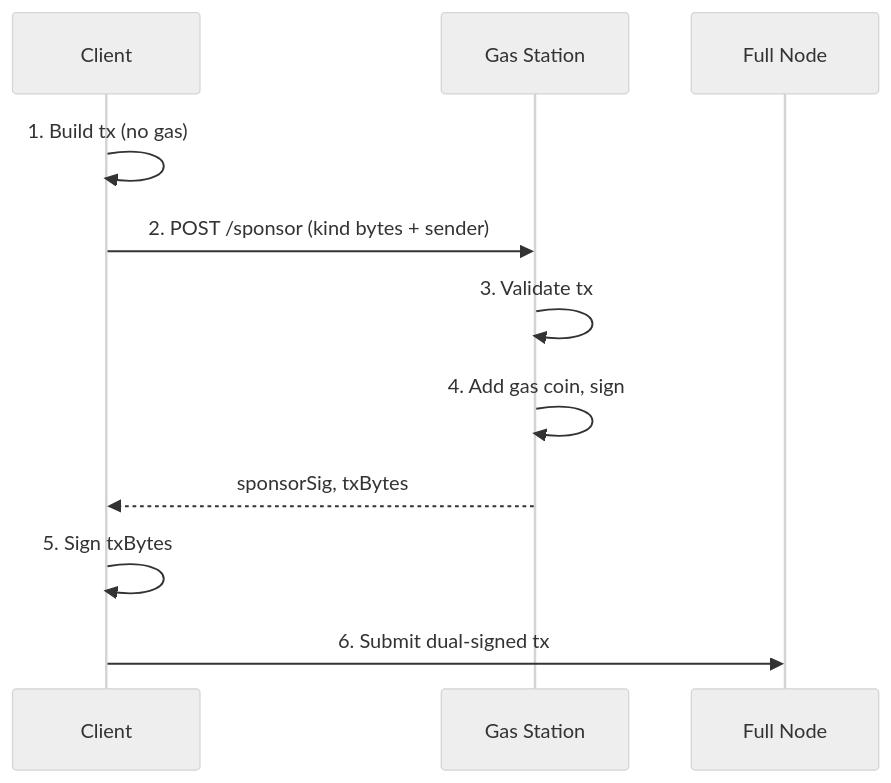
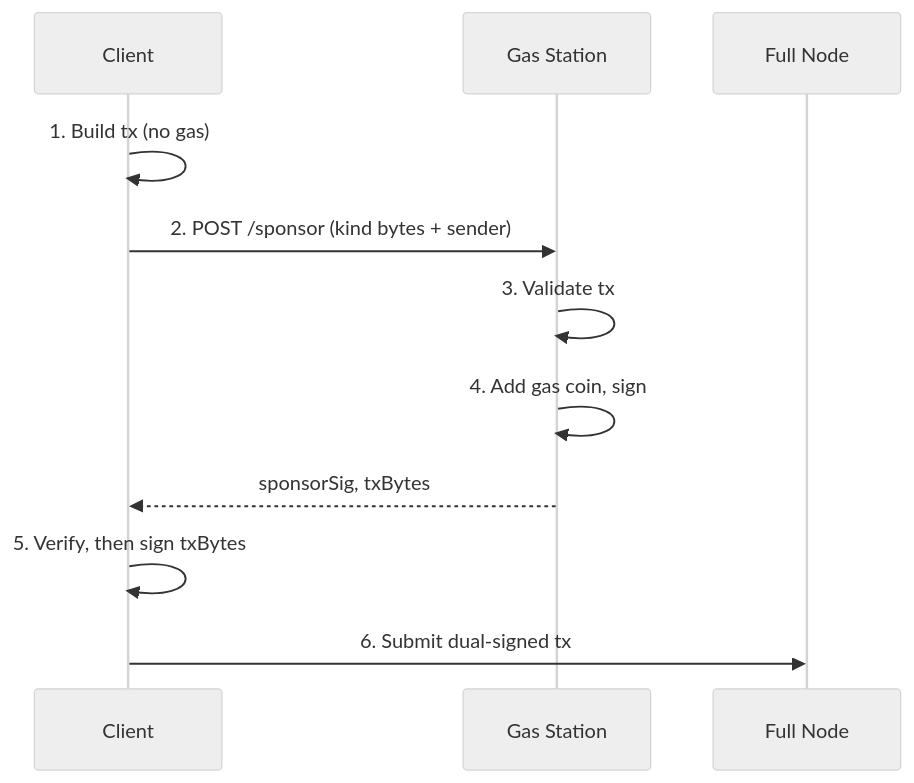
Before and after one commit to MystenLabs/sui: the diagram in docs/content/onchain-finance/gas-station.mdx, drawn with Mermaid (neutral theme). The commit also changed other lines of this file and 7 other files, not shown here.

````diff
--- a/docs/content/onchain-finance/gas-station.mdx
+++ b/docs/content/onchain-finance/gas-station.mdx
@@ -73,13 +75,13 @@
 ```mermaid
 sequenceDiagram
     participant C as Client
     participant G as Gas Station
     participant N as Full Node
     C->>C: 1. Build tx (no gas)
     C->>G: 2. POST /sponsor (kind bytes + sender)
     G->>G: 3. Validate tx
     G->>G: 4. Add gas coin, sign
     G-->>C: sponsorSig, txBytes
-    C->>C: 5. Sign txBytes
+    C->>C: 5. Verify, then sign txBytes
     C->>N: 6. Submit dual-signed tx
 ```
````
